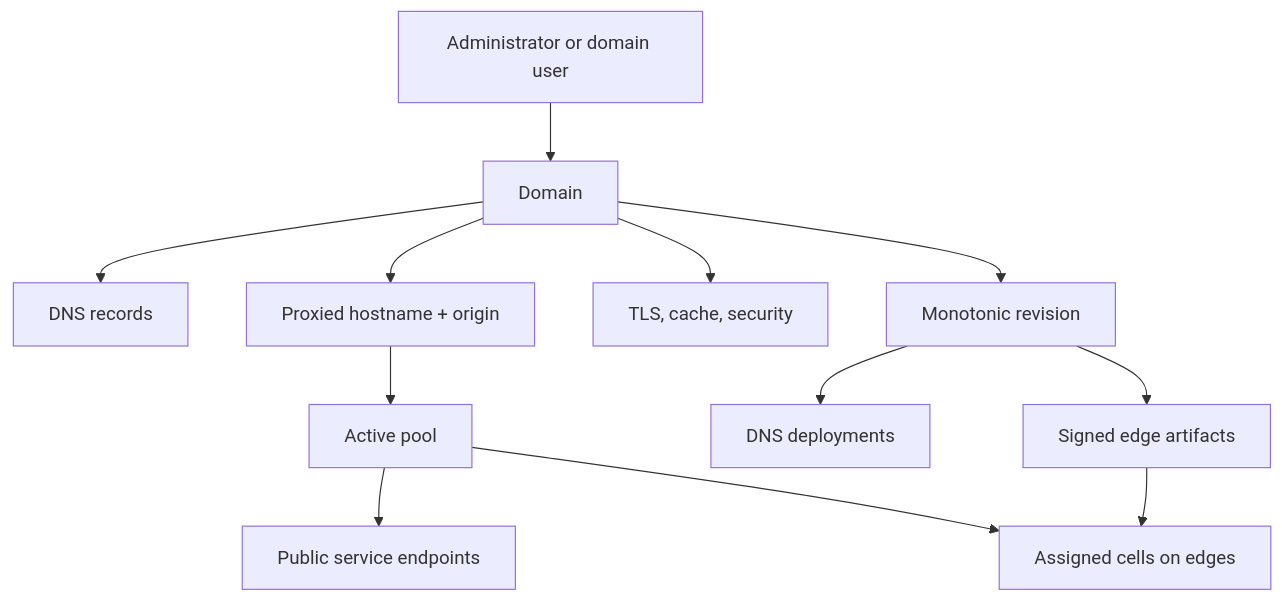
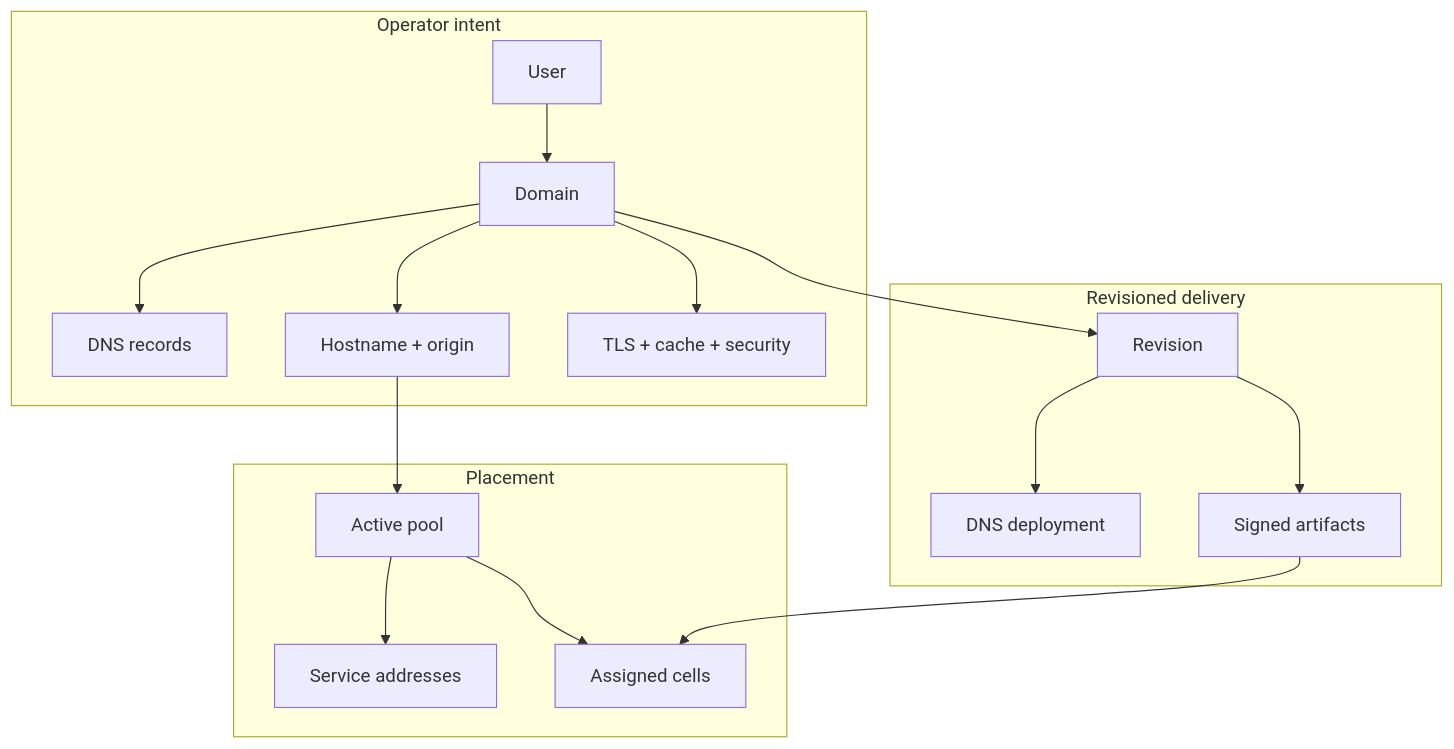
One commit to vaheed/CDNFoundry changed the first of 3 diagrams in docs/concepts/how-cdnfoundry-works.md. Above: the diagram before and after it, drawn with Mermaid. The commit also changed other lines of this file and 24 other files, not shown here.

````diff
--- a/docs/concepts/how-cdnfoundry-works.md
+++ b/docs/concepts/how-cdnfoundry-works.md
@@ -22,14 +22,19 @@
 ```mermaid
 flowchart TB
-    User["Administrator or domain user"] --> Domain["Domain"]
-    Domain --> Records["DNS records"]
-    Domain --> Proxy["Proxied hostname + origin"]
-    Domain --> Policy["TLS, cache, security"]
-    Proxy --> Pool["Active pool"]
-    Pool --> Endpoints["Public service endpoints"]
-    Pool --> Cells["Assigned cells on edges"]
-    Domain --> Revision["Monotonic revision"]
-    Revision --> DNSDeploy["DNS deployments"]
-    Revision --> Artifacts["Signed edge artifacts"]
-    Artifacts --> Cells
+    subgraph Intent["Operator intent"]
+      User["User"] --> Domain["Domain"]
+      Domain --> Records["DNS records"]
+      Domain --> Proxy["Hostname + origin"]
+      Domain --> Policy["TLS + cache + security"]
+    end
+    subgraph Placement["Placement"]
+      Proxy --> Pool["Active pool"]
+      Pool --> Endpoints["Service addresses"]
+      Pool --> Cells["Assigned cells"]
+    end
+    subgraph Delivery["Revisioned delivery"]
+      Domain --> Revision["Revision"]
+      Revision --> DNSDeploy["DNS deployment"]
+      Revision --> Artifacts["Signed artifacts"] --> Cells
+    end
 ```
````
